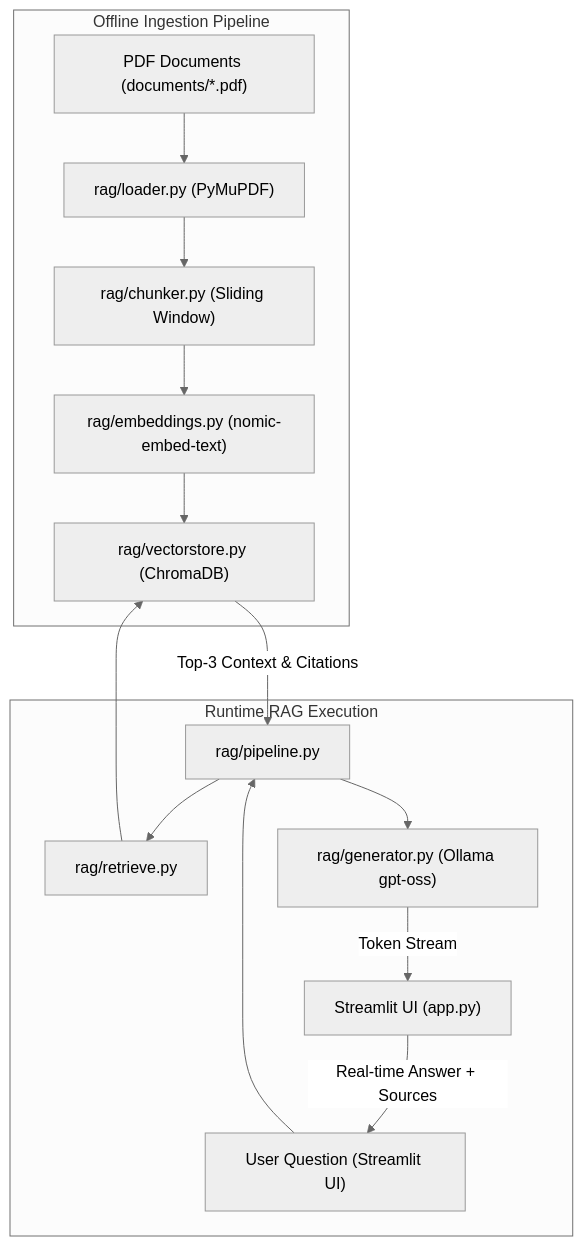
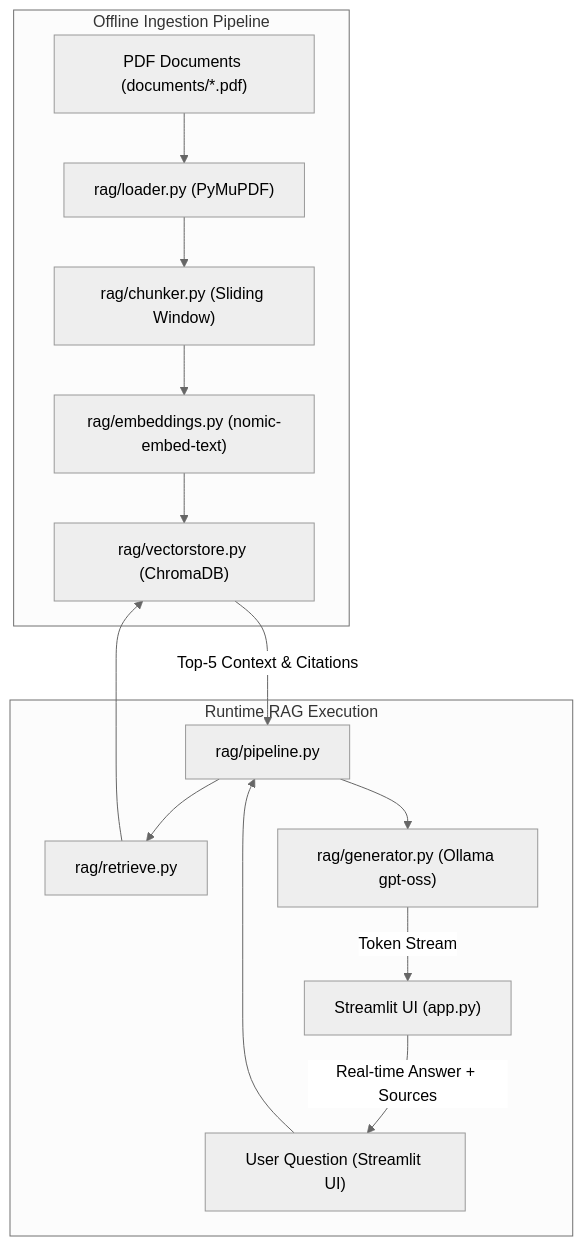
One commit to Karthikraj0/AI-Handbook-with-RAG changed the diagram in README.md. Above: the diagram before and after it, drawn with Mermaid (neutral theme). The commit also changed 9 other files, not shown here.

````diff
--- a/README.md
+++ b/README.md
@@ -21,19 +21,19 @@
 ```mermaid
 graph TD
     subgraph Ingestion_Phase ["Offline Ingestion Pipeline"]
         PDFs["PDF Documents (documents/*.pdf)"] --> Loader["rag/loader.py (PyMuPDF)"]
         Loader --> Chunker["rag/chunker.py (Sliding Window)"]
         Chunker --> Embedder["rag/embeddings.py (nomic-embed-text)"]
         Embedder --> VectorDB["rag/vectorstore.py (ChromaDB)"]
     end
 
     subgraph Runtime_Phase ["Runtime RAG Execution"]
         User["User Question (Streamlit UI)"] --> Pipeline["rag/pipeline.py"]
         Pipeline --> Retrieve["rag/retrieve.py"]
         Retrieve --> VectorDB
-        VectorDB --> |Top-3 Context & Citations| Pipeline
+        VectorDB --> |Top-5 Context & Citations| Pipeline
         Pipeline --> Generator["rag/generator.py (Ollama gpt-oss)"]
         Generator --> |Token Stream| Streamlit["Streamlit UI (app.py)"]
         Streamlit --> |Real-time Answer + Sources| User
     end
 ```
````
